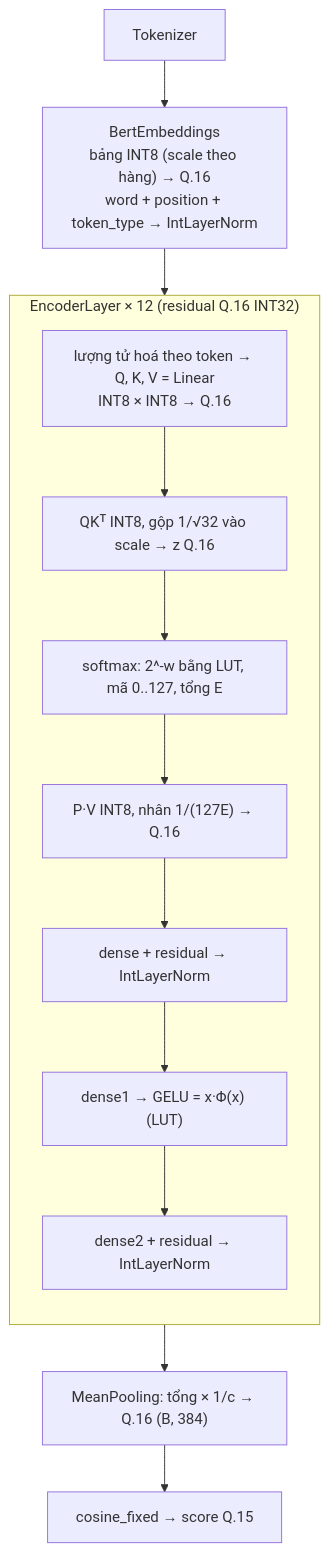
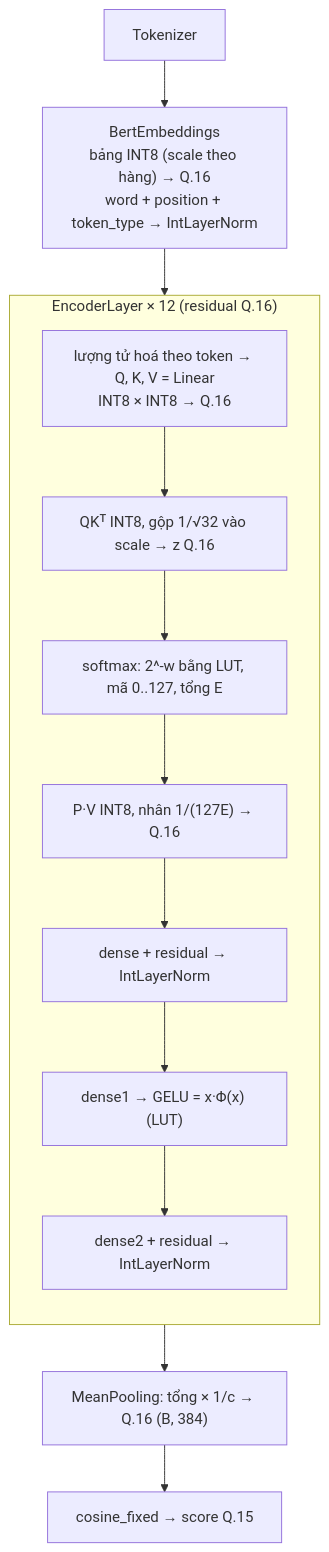
The diagram in model/numpy/README.md (quang-tran0/capstone-project), drawn with Mermaid before and after one commit. The commit also changed other lines of this file and 31 other files, not shown here.

````diff
--- a/model/numpy/README.md
+++ b/model/numpy/README.md
@@ -14,16 +342,16 @@
 ```mermaid
 flowchart TD
     TOK[Tokenizer] --> EMB["BertEmbeddings<br/>bảng INT8 (scale theo hàng) → Q.16<br/>word + position + token_type → IntLayerNorm"]
     EMB --> ENC
-    subgraph ENC ["EncoderLayer × 12 (residual Q.16 INT32)"]
+    subgraph ENC ["EncoderLayer × 12 (residual Q.16)"]
         direction TB
         QKV["lượng tử hoá theo token → Q, K, V = Linear<br/>INT8 × INT8 → Q.16"] --> SC["QKᵀ INT8, gộp 1/√32 vào scale → z Q.16"]
         SC --> SM["softmax: 2^-w bằng LUT, mã 0..127, tổng E"]
         SM --> CTX["P·V INT8, nhân 1/(127E) → Q.16"]
         CTX --> AO["dense + residual → IntLayerNorm"]
         AO --> FF1["dense1 → GELU = x·Φ(x) (LUT)"]
         FF1 --> FF2["dense2 + residual → IntLayerNorm"]
     end
     ENC --> POOL["MeanPooling: tổng × 1/c → Q.16 (B, 384)"]
     POOL --> SCORE["cosine_fixed → score Q.15"]
 ```
````
